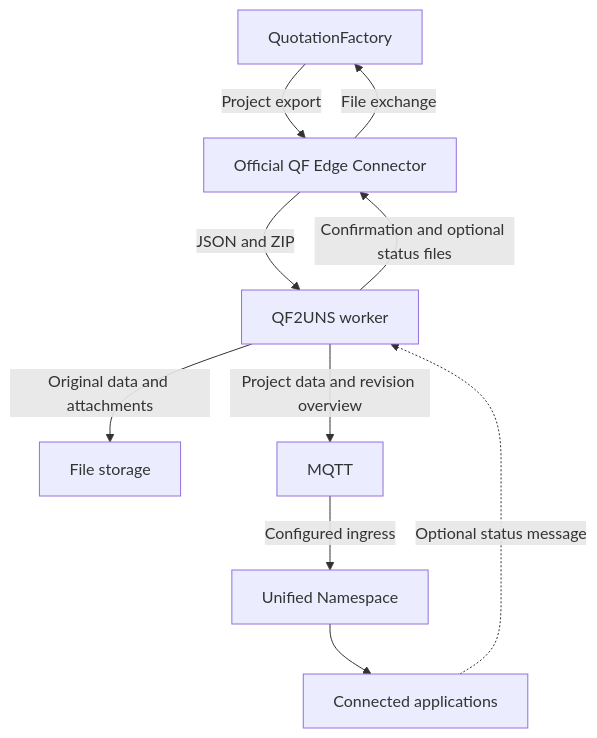
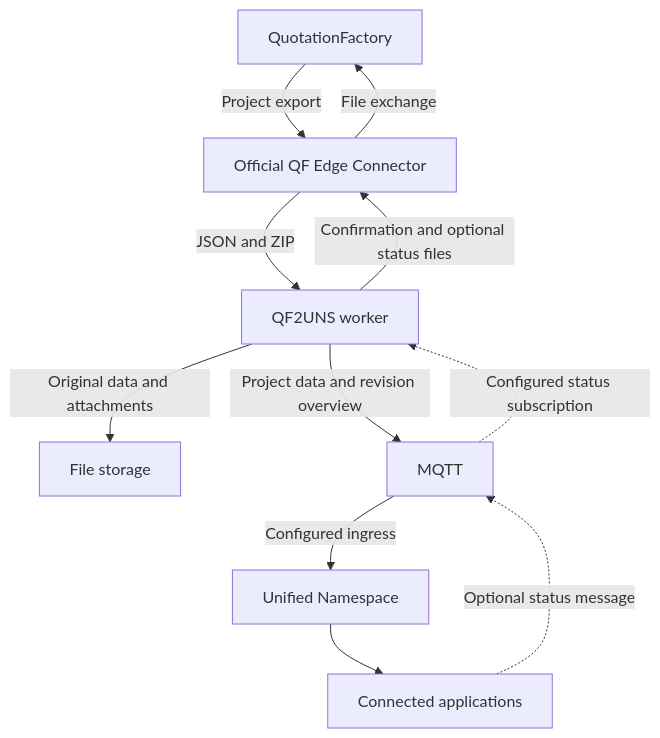
One commit to SheetMetalConnect/smc-mintlify changed the diagram in qf2uns/overview.mdx. Above: the diagram before and after it, drawn with Mermaid. The commit also changed other lines of this file, not shown here.

Commit message:
docs: refine QF2UNS guidance

````diff
--- a/qf2uns/overview.mdx
+++ b/qf2uns/overview.mdx
@@ -12,12 +13,13 @@
 ```mermaid
 flowchart TB
   QF["QuotationFactory"] -->|"Project export"| Edge["Official QF Edge Connector"]
   Edge -->|"JSON and ZIP"| Worker["QF2UNS worker"]
   Worker -->|"Original data and attachments"| Store["File storage"]
   Worker -->|"Project data and revision overview"| MQTT["MQTT"]
   MQTT -->|"Configured ingress"| UNS["Unified Namespace"]
   UNS --> Consumers["Connected applications"]
-  Consumers -.->|"Optional status message"| Worker
+  Consumers -.->|"Optional status message"| MQTT
+  MQTT -.->|"Configured status subscription"| Worker
   Worker -->|"Confirmation and optional status files"| Edge
   Edge -->|"File exchange"| QF
 ```
````
